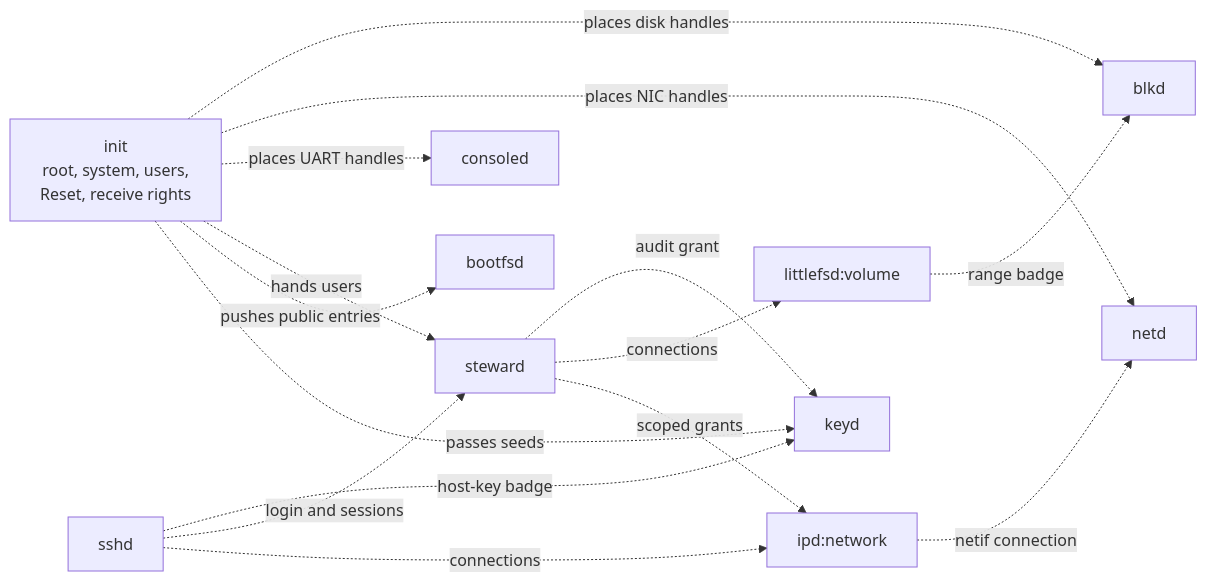
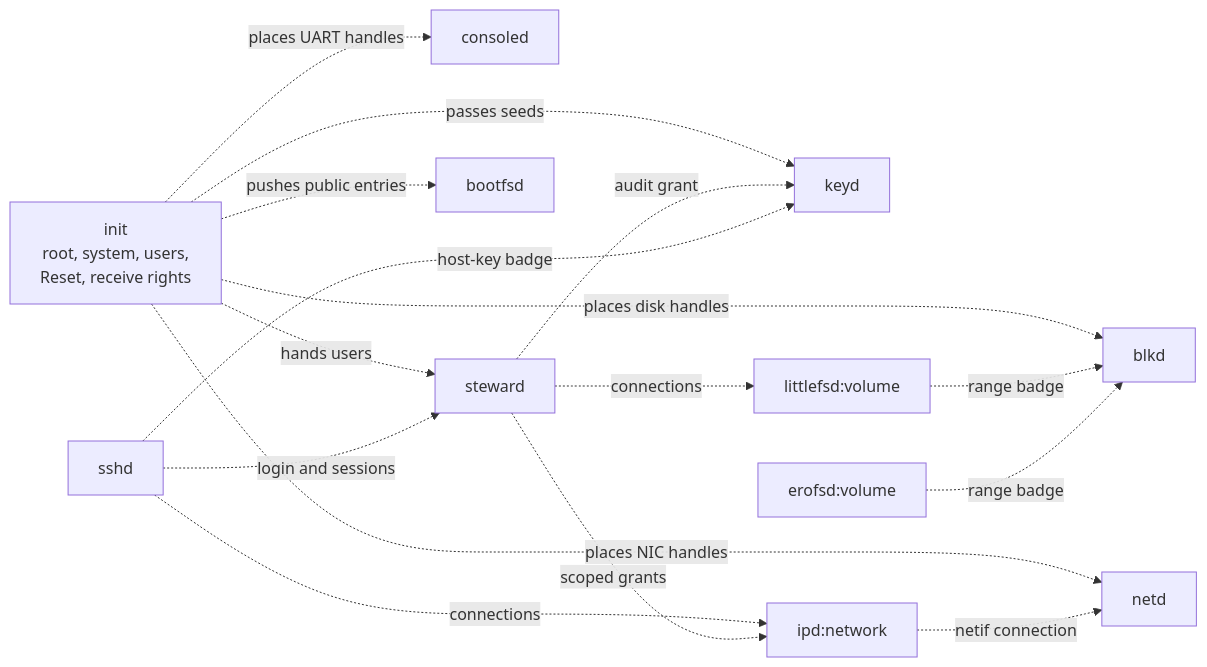
Before and after one commit to sirmick/redoubt: the second of 3 diagrams in docs/servers/README.md, drawn with Mermaid. The commit also changed other lines of this file and 24 other files, not shown here.

````diff
--- a/docs/servers/README.md
+++ b/docs/servers/README.md
@@ -246,17 +248,18 @@
 ```mermaid
 flowchart LR
     I[init<br/>root, system, users,<br/>Reset, receive rights] -. places disk handles .-> BL[blkd]
     I -. places NIC handles .-> ND[netd]
     I -. places UART handles .-> CO[consoled]
     I -. hands users .-> ST[steward]
     I -. pushes public entries .-> BF[bootfsd]
     I -. passes seeds .-> KD[keyd]
     FS[littlefsd:volume] -. range badge .-> BL
+    EF[erofsd:volume] -. range badge .-> BL
     IP[ipd:network] -. netif connection .-> ND
     ST -. audit grant .-> KD
     SS[sshd] -. host-key badge .-> KD
     SS -. login and sessions .-> ST
     SS -. connections .-> IP
     ST -. connections .-> FS
     ST -. scoped grants .-> IP
 ```
````
